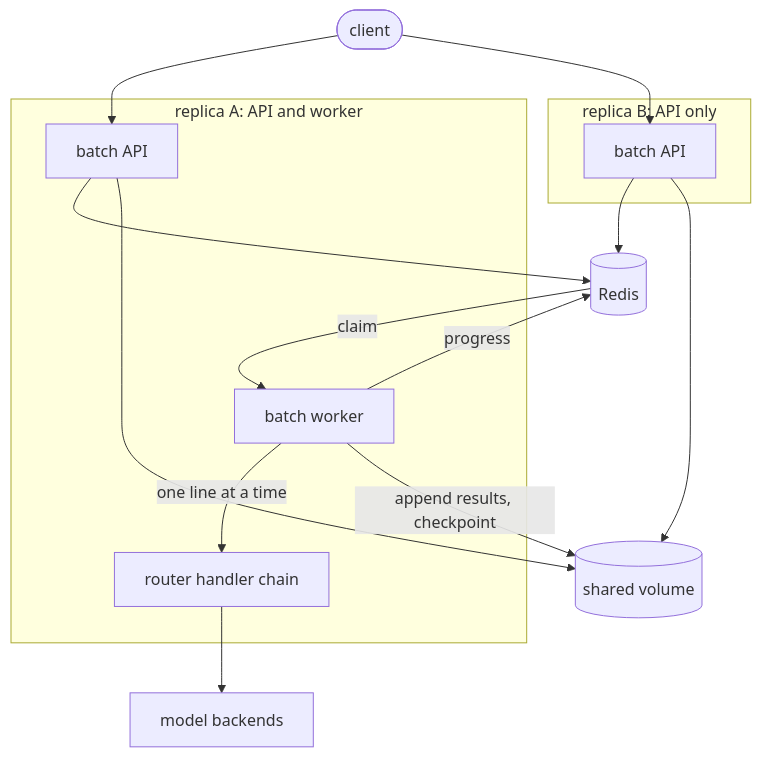
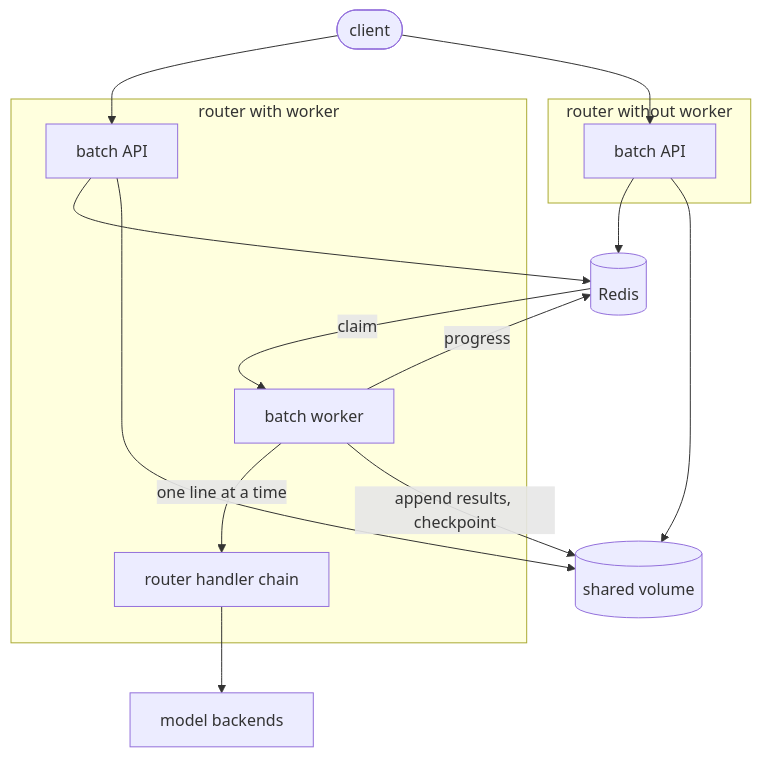
One commit to volcano-sh/kthena changed the first of 3 diagrams in docs/proposal/kthena-router-batch-api.md. Above: the diagram before and after it, drawn with Mermaid. The commit also changed other lines of this file, not shown here.

````diff
--- a/docs/proposal/kthena-router-batch-api.md
+++ b/docs/proposal/kthena-router-batch-api.md
@@ -101,31 +120,31 @@
 ```mermaid
 flowchart TB
     client([client])
 
-    subgraph replicaA["replica A: API and worker"]
+    subgraph replicaA["router with worker"]
         apiA["batch API"]
         workerA["batch worker"]
         chainA["router handler chain"]
     end
 
-    subgraph replicaB["replica B: API only"]
+    subgraph replicaB["router without worker"]
         apiB["batch API"]
     end
 
     redis[("Redis")]
     volume[("shared volume")]
     backends["model backends"]
 
     client --> apiA
     client --> apiB
     apiA --> redis
     apiA --> volume
     apiB --> redis
     apiB --> volume
 
     redis -- claim --> workerA
     workerA -- one line at a time --> chainA
     chainA --> backends
     workerA -- append results, checkpoint --> volume
     workerA -- progress --> redis
 ```
````
